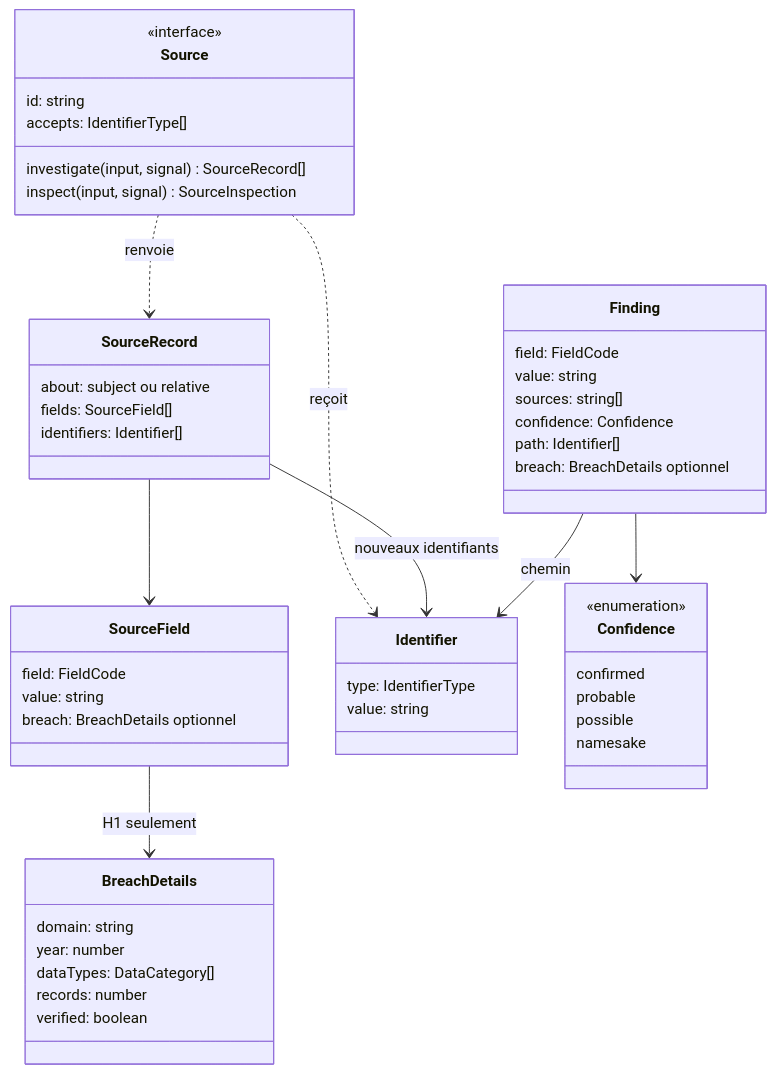
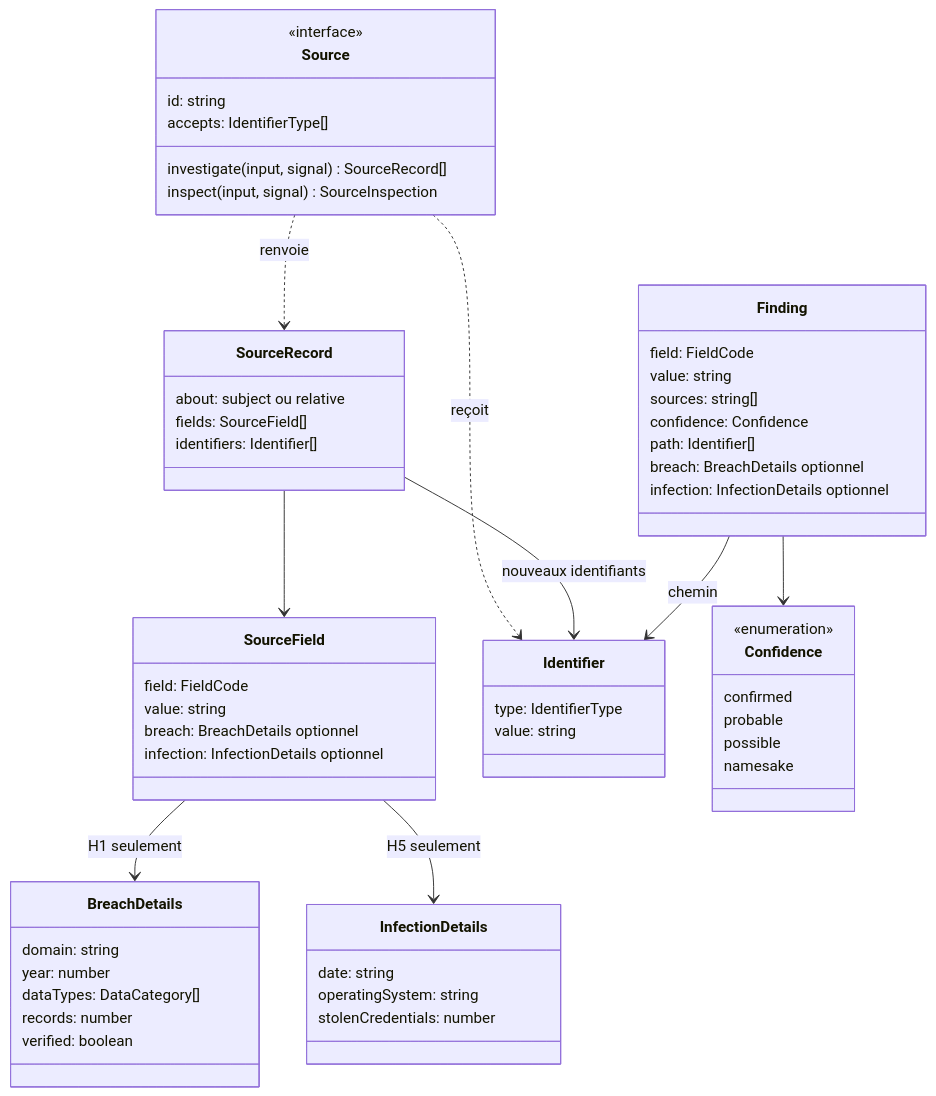
Before and after one commit to SaltyKeed/osint-open-doors: the second of 2 diagrams in docs/ARCHITECTURE.md, drawn with Mermaid. The commit also changed other lines of this file and 20 other files, not shown here.

Commit message:
feat(sources): add Hudson Rock source and infection details

````diff
--- a/docs/ARCHITECTURE.md
+++ b/docs/ARCHITECTURE.md
@@ -184,53 +185,61 @@
 ```mermaid
 classDiagram
     class Source {
         <<interface>>
         id: string
         accepts: IdentifierType[]
         investigate(input, signal) SourceRecord[]
         inspect(input, signal) SourceInspection
     }
     class SourceRecord {
         about: subject ou relative
         fields: SourceField[]
         identifiers: Identifier[]
     }
     class SourceField {
         field: FieldCode
         value: string
         breach: BreachDetails optionnel
+        infection: InfectionDetails optionnel
+    }
+    class InfectionDetails {
+        date: string
+        operatingSystem: string
+        stolenCredentials: number
     }
     class BreachDetails {
         domain: string
         year: number
         dataTypes: DataCategory[]
         records: number
         verified: boolean
     }
     class Identifier {
         type: IdentifierType
         value: string
     }
     class Finding {
         field: FieldCode
         value: string
         sources: string[]
         confidence: Confidence
         path: Identifier[]
         breach: BreachDetails optionnel
+        infection: InfectionDetails optionnel
     }
     class Confidence {
         <<enumeration>>
         confirmed
         probable
         possible
         namesake
     }
     Source ..> Identifier : reçoit
     Source ..> SourceRecord : renvoie
     SourceRecord --> SourceField
     SourceField --> BreachDetails : H1 seulement
+    SourceField --> InfectionDetails : H5 seulement
     SourceRecord --> Identifier : nouveaux identifiants
     Finding --> Identifier : chemin
     Finding --> Confidence
 ```
````
